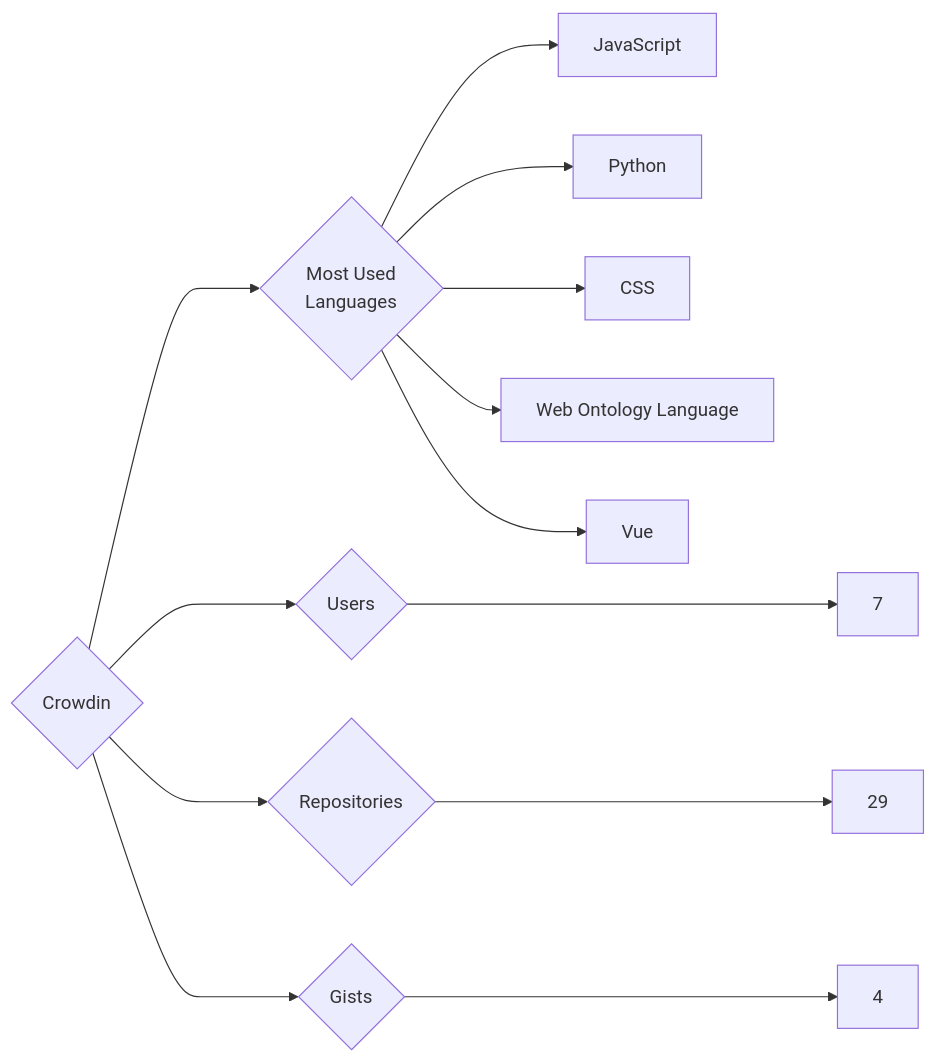
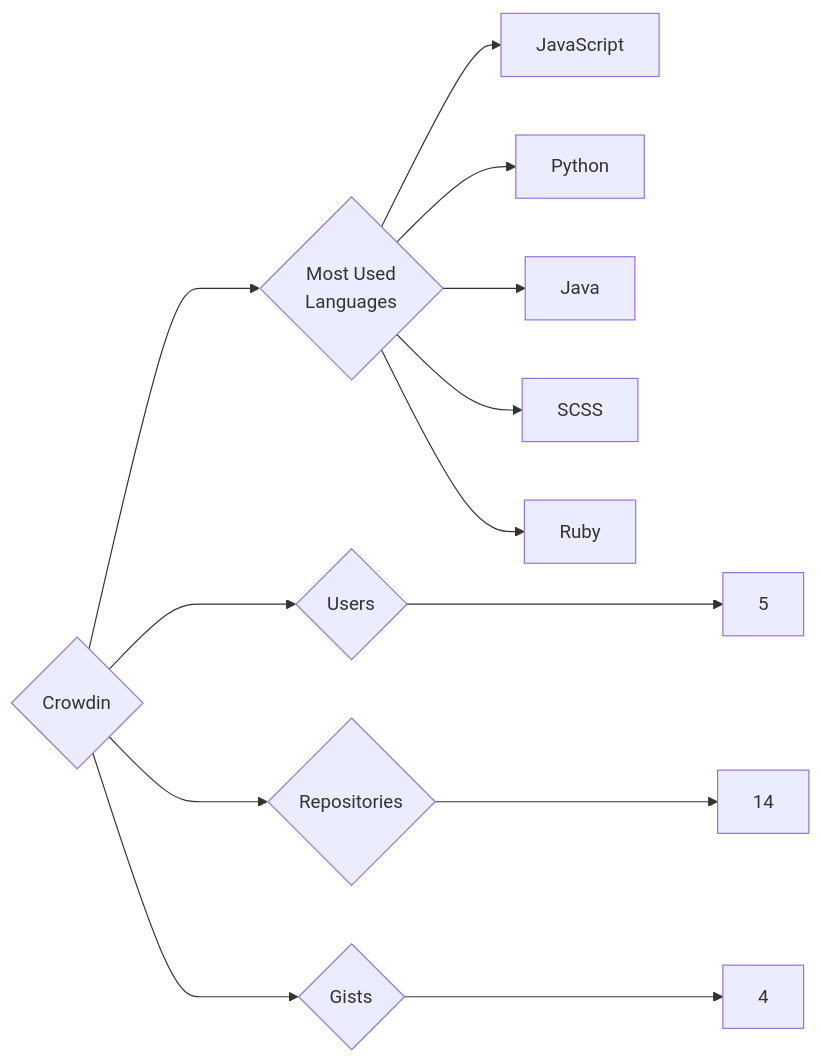
One commit to trickest/insiders changed the diagram in targets/Crowdin/README.md. Above: the diagram before and after it, drawn with Mermaid. The commit also changed 873 other files, not shown here.

````diff
--- a/targets/Crowdin/README.md
+++ b/targets/Crowdin/README.md
@@ -3,13 +3,13 @@
 ```mermaid
 graph LR
 COMPANY_NAME{Crowdin}
-COMPANY_NAME ---> U{Users} ---> UN[7]
-COMPANY_NAME ---> R{Repositories} ---> RN[29]
+COMPANY_NAME ---> U{Users} ---> UN[5]
+COMPANY_NAME ---> R{Repositories} ---> RN[14]
 COMPANY_NAME ---> G{Gists} ---> GN[4]
 COMPANY_NAME ---> ML{Most Used<br>Languages}
 ML --> JavaScript[JavaScript]
 ML --> Python[Python]
-ML --> CSS[CSS]
-ML --> Web_Ontology_Language[Web Ontology Language]
-ML --> Vue[Vue]
+ML --> Java[Java]
+ML --> SCSS[SCSS]
+ML --> Ruby[Ruby]
 ```
````
